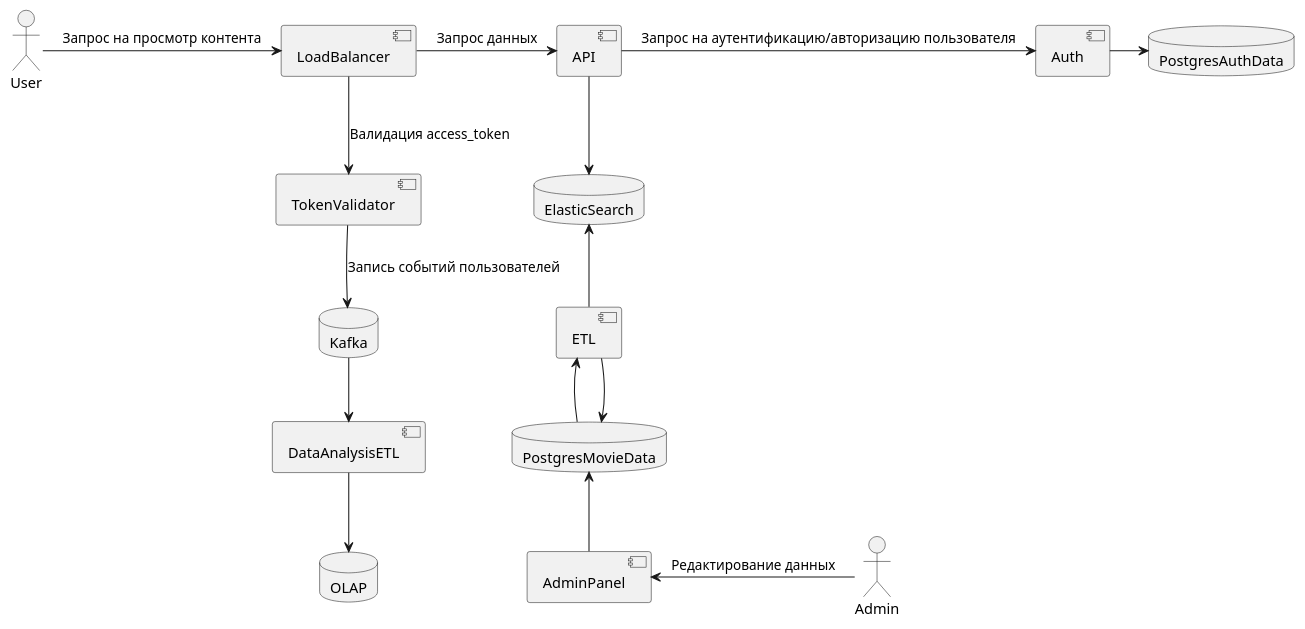
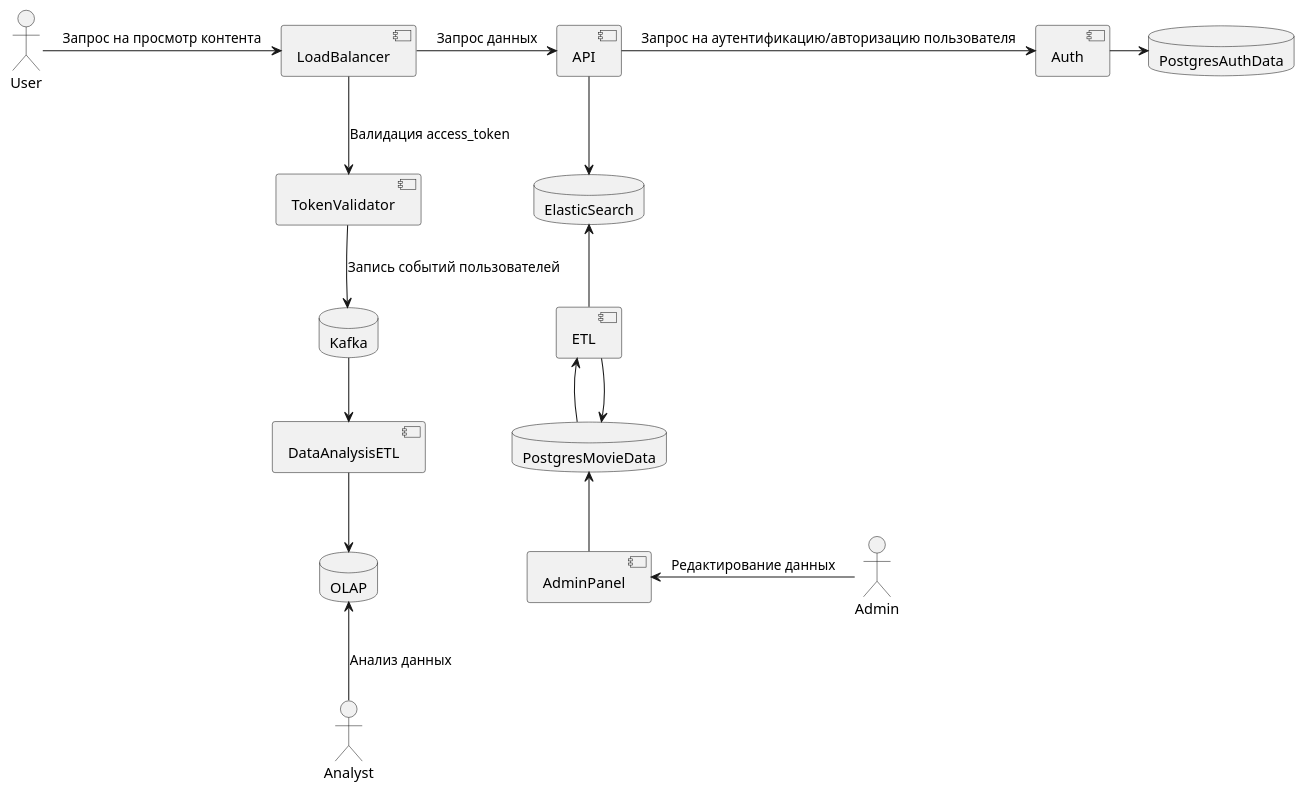
One commit to mrvanolog/ugc_sprint_1 changed the diagram in architecture/to_be.pu. Above: the diagram before and after it, drawn with PlantUML.

Commit message:
Add Analyst as an actor to the schema

```diff
--- a/architecture/to_be.pu
+++ b/architecture/to_be.pu
@@ -1,34 +1,36 @@
 @startuml
 
 skinparam componentStyle uml2
 actor User
+actor Analyst
 actor Admin
 database PostgresMovieData
 database PostgresAuthData
 database ElasticSearch
 database OLAP
 database Kafka
 component AdminPanel
 component LoadBalancer
 component TokenValidator
 component API
 component Auth
 component ETL
 component DataAnalysisETL
 
 User -right-> LoadBalancer: Запрос на просмотр контента
 LoadBalancer -right-> API: Запрос данных
 API -right-> Auth: Запрос на аутентификацию/авторизацию пользователя
 LoadBalancer -down-> TokenValidator: Валидация access_token
 TokenValidator -down-> Kafka: Запись событий пользователей
 Kafka -down-> DataAnalysisETL
-DataAnalysisETL -down->OLAP
+DataAnalysisETL -down-> OLAP
+Analyst -up-> OLAP: Анализ данных
 API -down-> ElasticSearch
 Auth -right-> PostgresAuthData
 PostgresMovieData -up-> ETL
 ETL -down-> PostgresMovieData
 ETL -up-> ElasticSearch
 Admin -left-> AdminPanel: Редактирование данных
 AdminPanel -up-> PostgresMovieData
 
 @enduml
```
